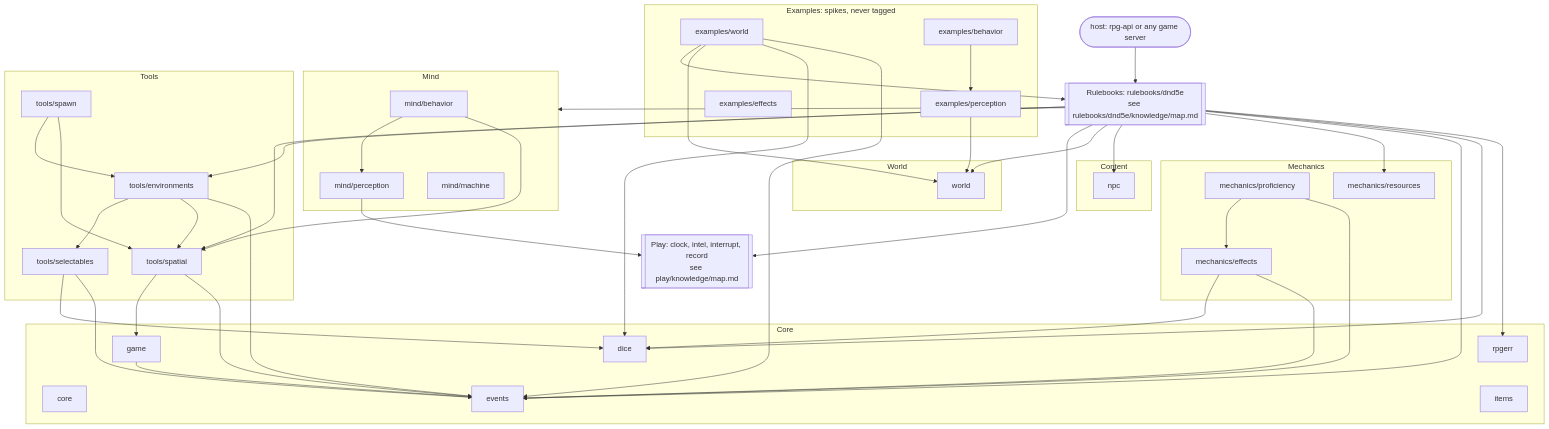
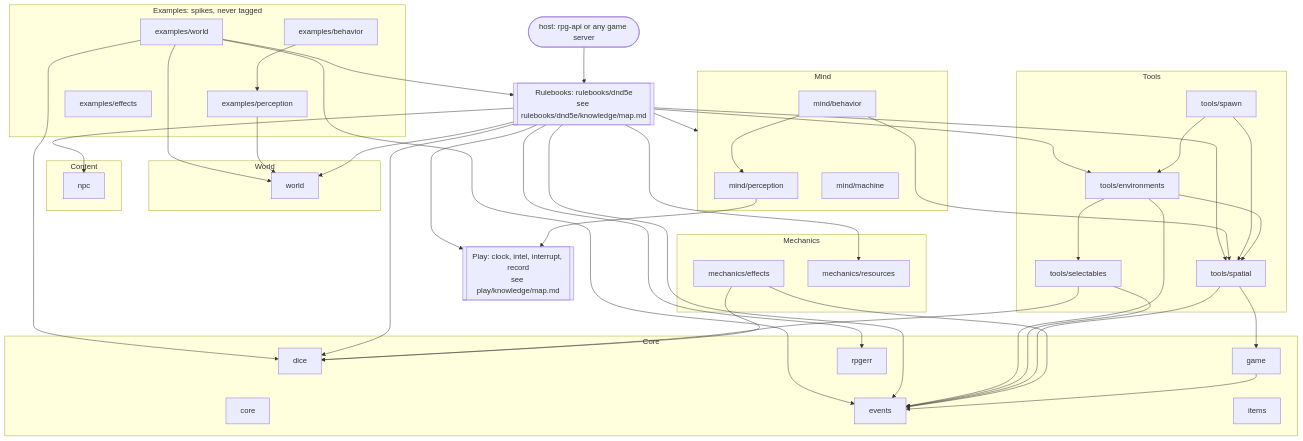
One commit to KirkDiggler/rpg-toolkit changed the diagram in knowledge/map.md. Above: the diagram before and after it, drawn with Mermaid. The commit also changed other lines of this file and 14 other files, not shown here.

First line of the commit message:
chore(mechanics): retire the unused proficiency module

````diff
--- a/knowledge/map.md
+++ b/knowledge/map.md
@@ -11,66 +11,64 @@
 ```mermaid
 flowchart TD
   HOST(["host: rpg-api or any game server"])
 
   subgraph EXAMPLES["Examples: spikes, never tagged"]
     EXW["examples/world"]
     EXP["examples/perception"]
     EXB["examples/behavior"]
     EXE["examples/effects"]
   end
 
   RB[["Rulebooks: rulebooks/dnd5e<br/>see rulebooks/dnd5e/knowledge/map.md"]]
 
   subgraph MIND["Mind"]
     PERC["mind/perception"]
     BEH["mind/behavior"]
     MACH["mind/machine"]
   end
 
   PLAY[["Play: clock, intel, interrupt, record<br/>see play/knowledge/map.md"]]
 
   subgraph WORLDL["World"]
     WORLD["world"]
   end
 
   subgraph CONTENT["Content"]
     NPC["npc"]
   end
 
   subgraph TOOLS["Tools"]
     SPATIAL["tools/spatial"]
     ENV["tools/environments"]
     SEL["tools/selectables"]
     SPAWN["tools/spawn"]
   end
 
   subgraph MECH["Mechanics"]
     EFF["mechanics/effects"]
-    PROF["mechanics/proficiency"]
     RES["mechanics/resources"]
   end
 
   subgraph CORE["Core"]
     C["core"]
     EV["events"]
     DICE["dice"]
     GAME["game"]
     ERR["rpgerr"]
     ITEMS["items"]
   end
 
   HOST --> RB
   EXW --> RB & WORLD & DICE & EV
   EXP --> WORLD
   EXB --> EXP
   RB --> MIND & PLAY & WORLD & NPC & SPATIAL & ENV & RES & EV & DICE & ERR
   BEH --> PERC & SPATIAL
   PERC --> PLAY
   SPAWN --> ENV & SPATIAL
   ENV --> SEL & SPATIAL & EV
   SEL --> DICE & EV
   SPATIAL --> GAME & EV
-  PROF --> EFF & EV
   EFF --> DICE & EV
   GAME --> EV
 ```
````
